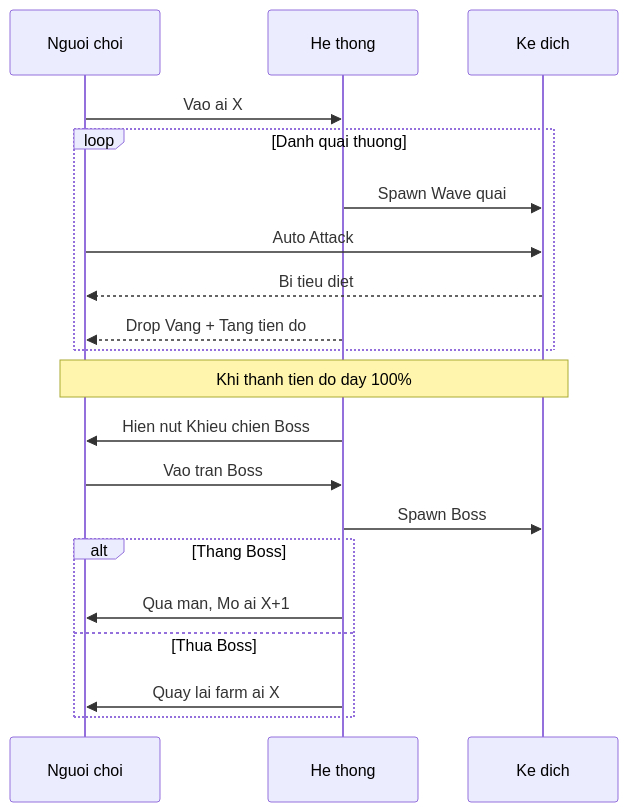
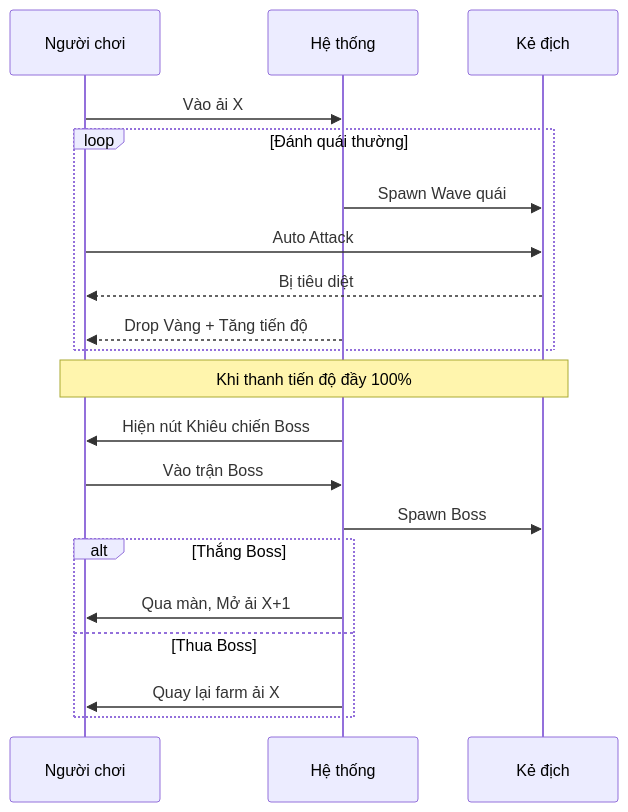
Before and after one commit to luantran-working/idlegame-designdocs: the second of 2 diagrams in docs/chi-tiet-co-che-gameplay.md, drawn with Mermaid. The commit also changed other lines of this file and 16 other files, not shown here.

Commit message:
feat: Introduce extensive game design documentation covering game systems, UI, and roadmap, and enable Mermaid diagram support in Docusaurus.

````diff
--- a/docs/chi-tiet-co-che-gameplay.md
+++ b/docs/chi-tiet-co-che-gameplay.md
@@ -94,27 +94,27 @@
 ```mermaid
 sequenceDiagram
-    participant P as Nguoi choi
-    participant S as He thong
-    participant E as Ke dich
+    participant P as Người chơi
+    participant S as Hệ thống
+    participant E as Kẻ địch
 
-    P->>S: Vao ai X
+    P->>S: Vào ải X
 
-    loop Danh quai thuong
-        S->>E: Spawn Wave quai
+    loop Đánh quái thường
+        S->>E: Spawn Wave quái
         P->>E: Auto Attack
-        E-->>P: Bi tieu diet
-        S-->>P: Drop Vang + Tang tien do
+        E-->>P: Bị tiêu diệt
+        S-->>P: Drop Vàng + Tăng tiến độ
     end
 
-    Note over P,E: Khi thanh tien do day 100%
+    Note over P,E: Khi thanh tiến độ đầy 100%
 
-    S->>P: Hien nut Khieu chien Boss
-    P->>S: Vao tran Boss
+    S->>P: Hiện nút Khiêu chiến Boss
+    P->>S: Vào trận Boss
     S->>E: Spawn Boss
 
-    alt Thang Boss
-        S->>P: Qua man, Mo ai X+1
+    alt Thắng Boss
+        S->>P: Qua màn, Mở ải X+1
     else Thua Boss
-        S->>P: Quay lai farm ai X
+        S->>P: Quay lại farm ải X
     end
 ```
````
